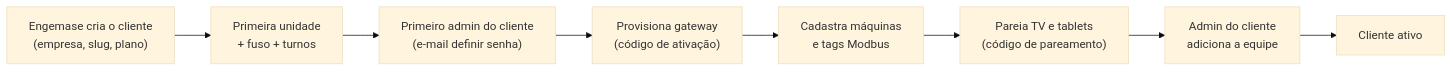
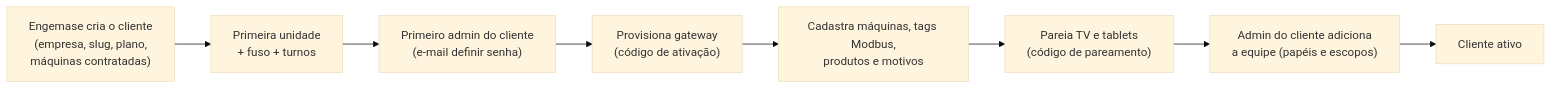
One commit to EngemaseAutomacao/Engemase-OEE changed the diagram in docs/15-multi-cliente-e-acesso.md. Above: the diagram before and after it, drawn with Mermaid (base theme). The commit also changed other lines of this file and 45 other files, not shown here.

````diff
--- a/docs/15-multi-cliente-e-acesso.md
+++ b/docs/15-multi-cliente-e-acesso.md
@@ -107,10 +117,10 @@
 ```mermaid
 flowchart LR
-  A["Engemase cria o cliente<br/>(empresa, slug, plano)"] --> B["Primeira unidade<br/>+ fuso + turnos"]
+  A["Engemase cria o cliente<br/>(empresa, slug, plano,<br/>máquinas contratadas)"] --> B["Primeira unidade<br/>+ fuso + turnos"]
   B --> C["Primeiro admin do cliente<br/>(e-mail definir senha)"]
   C --> D["Provisiona gateway<br/>(código de ativação)"]
-  D --> E["Cadastra máquinas<br/>e tags Modbus"]
+  D --> E["Cadastra máquinas, tags Modbus,<br/>produtos e motivos"]
   E --> F["Pareia TV e tablets<br/>(código de pareamento)"]
-  F --> G["Admin do cliente<br/>adiciona a equipe"]
+  F --> G["Admin do cliente adiciona<br/>a equipe (papéis e escopos)"]
   G --> H["Cliente ativo"]
 ```
````
